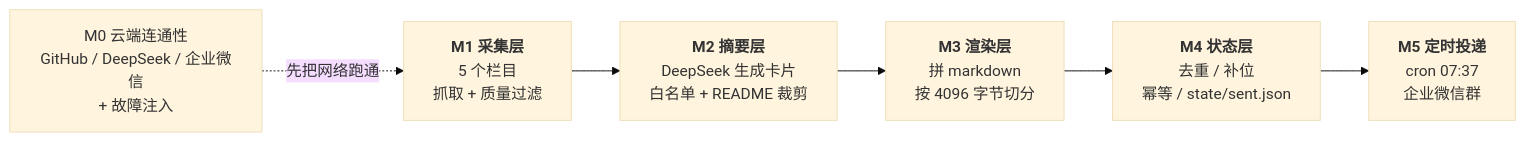
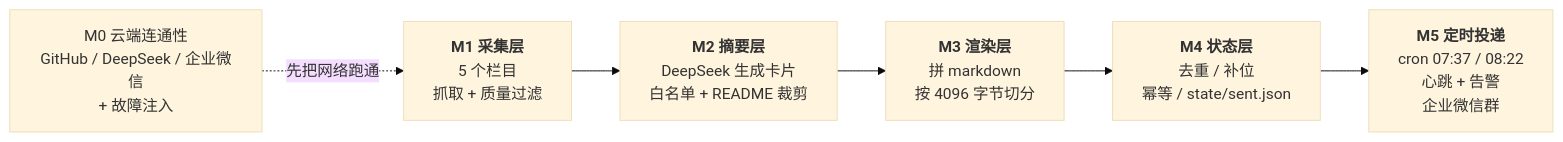
Before and after one commit to palmer67/github-daily-digest: the first of 2 diagrams in README.md, drawn with Mermaid (base theme). The commit also changed other lines of this file, not shown here.

Commit message:
M5 通过：补云端验收记录（154 单测 / 401 降级告警无重试 / 93000 判失败不发心跳 / 备用 cron 秒退 / 心跳已提交）

````diff
--- a/README.md
+++ b/README.md
@@ -9,8 +9,8 @@
 ```mermaid
 flowchart LR
     A["<b>M1 采集层</b><br/>5 个栏目<br/>抓取 + 质量过滤"] --> B["<b>M2 摘要层</b><br/>DeepSeek 生成卡片<br/>白名单 + README 裁剪"]
     B --> C["<b>M3 渲染层</b><br/>拼 markdown<br/>按 4096 字节切分"]
     C --> D["<b>M4 状态层</b><br/>去重 / 补位<br/>幂等 / state/sent.json"]
-    D --> E["<b>M5 定时投递</b><br/>cron 07:37<br/>企业微信群"]
+    D --> E["<b>M5 定时投递</b><br/>cron 07:37 / 08:22<br/>心跳 + 告警<br/>企业微信群"]
     M0["M0 云端连通性<br/>GitHub / DeepSeek / 企业微信<br/>+ 故障注入"] -.->|"先把网络跑通"| A
 ```
````
